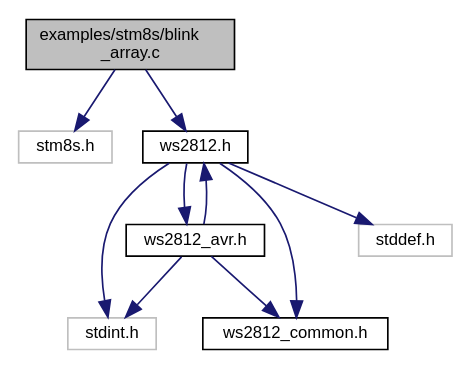
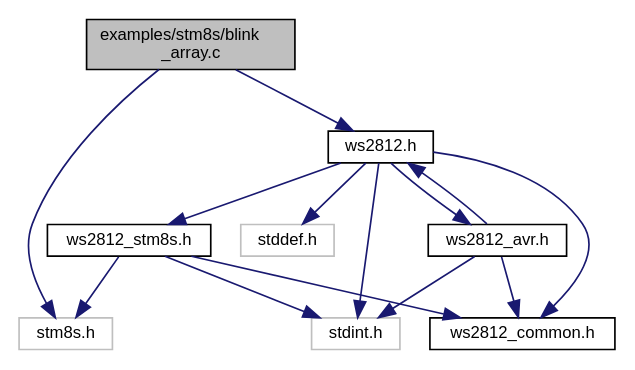
Before and after one commit to CTXz/TinyWS2812: the diagram in docs/stm8s_2blink__array_8c__incl.dot, drawn with Graphviz. The commit also changed 169 other files, not shown here.

```diff
--- a/docs/stm8s_2blink__array_8c__incl.dot
+++ b/docs/stm8s_2blink__array_8c__incl.dot
@@ -1,22 +1,27 @@
 digraph "examples/stm8s/blink_array.c"
 {
  // LATEX_PDF_SIZE
   edge [fontname="Helvetica",fontsize="10",labelfontname="Helvetica",labelfontsize="10"];
   node [fontname="Helvetica",fontsize="10",shape=record];
   Node1 [label="examples/stm8s/blink\l_array.c",height=0.2,width=0.4,color="black", fillcolor="grey75", style="filled", fontcolor="black",tooltip="Blinks one or more WS2812 devices using a RGB array."];
   Node1 -> Node2 [color="midnightblue",fontsize="10",style="solid",fontname="Helvetica"];
   Node2 [label="stm8s.h",height=0.2,width=0.4,color="grey75", fillcolor="white", style="filled",tooltip=" "];
   Node1 -> Node3 [color="midnightblue",fontsize="10",style="solid",fontname="Helvetica"];
   Node3 [label="ws2812.h",height=0.2,width=0.4,color="black", fillcolor="white", style="filled",URL="$ws2812_8h.html",tooltip="Exposes the Tiny-WS2812 library interface."];
   Node3 -> Node4 [color="midnightblue",fontsize="10",style="solid",fontname="Helvetica"];
   Node4 [label="ws2812_avr.h",height=0.2,width=0.4,color="black", fillcolor="white", style="filled",URL="$ws2812__avr_8h.html",tooltip="Provides AVR platform specific definitions."];
   Node4 -> Node5 [color="midnightblue",fontsize="10",style="solid",fontname="Helvetica"];
   Node5 [label="stdint.h",height=0.2,width=0.4,color="grey75", fillcolor="white", style="filled",tooltip=" "];
   Node4 -> Node6 [color="midnightblue",fontsize="10",style="solid",fontname="Helvetica"];
   Node6 [label="ws2812_common.h",height=0.2,width=0.4,color="black", fillcolor="white", style="filled",URL="$ws2812__common_8h.html",tooltip="Definitions required by all platform specific headers."];
   Node4 -> Node3 [color="midnightblue",fontsize="10",style="solid",fontname="Helvetica"];
   Node3 -> Node7 [color="midnightblue",fontsize="10",style="solid",fontname="Helvetica"];
-  Node7 [label="stddef.h",height=0.2,width=0.4,color="grey75", fillcolor="white", style="filled",tooltip=" "];
+  Node7 [label="ws2812_stm8s.h",height=0.2,width=0.4,color="black", fillcolor="white", style="filled",URL="$ws2812__stm8s_8h.html",tooltip="Provides STM8S platform specific definitions."];
+  Node7 -> Node2 [color="midnightblue",fontsize="10",style="solid",fontname="Helvetica"];
+  Node7 -> Node5 [color="midnightblue",fontsize="10",style="solid",fontname="Helvetica"];
+  Node7 -> Node6 [color="midnightblue",fontsize="10",style="solid",fontname="Helvetica"];
+  Node3 -> Node8 [color="midnightblue",fontsize="10",style="solid",fontname="Helvetica"];
+  Node8 [label="stddef.h",height=0.2,width=0.4,color="grey75", fillcolor="white", style="filled",tooltip=" "];
   Node3 -> Node5 [color="midnightblue",fontsize="10",style="solid",fontname="Helvetica"];
   Node3 -> Node6 [color="midnightblue",fontsize="10",style="solid",fontname="Helvetica"];
 }
```
